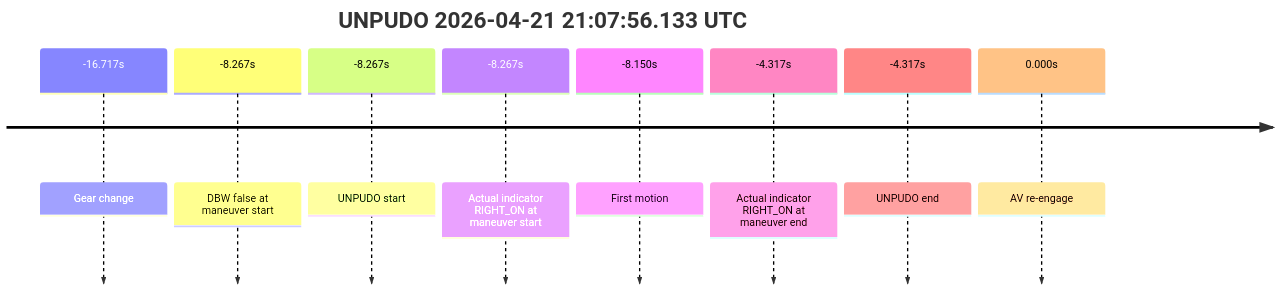
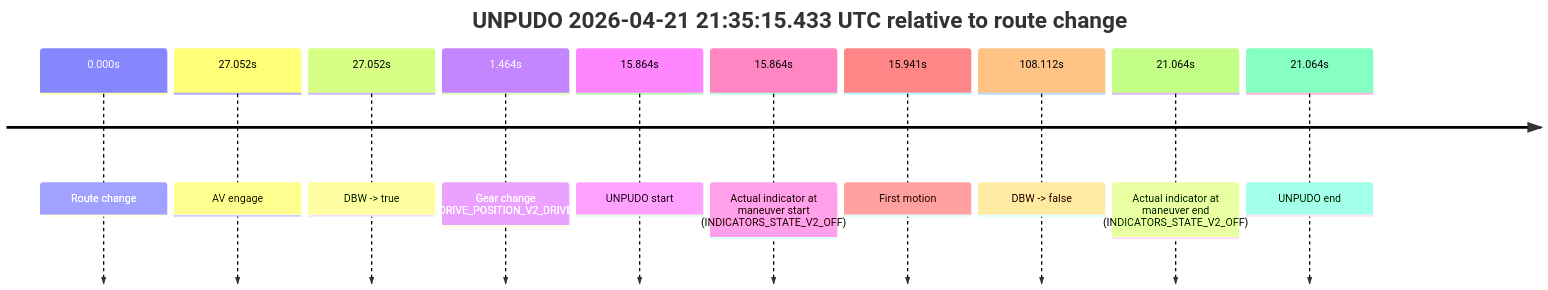
Before and after one commit to yoelshapiro/vault: the sixth of 7 diagrams in model_analysis/report_cards/2026/04/Week-4/fme20009--2026-04-21--20-53-31--gen2-av-c485ff0d-599e-495f-bee7-17c4a854ab52.md, drawn with Mermaid. The commit also changed other lines of this file and 30 other files, not shown here.

````diff
--- a/model_analysis/report_cards/2026/04/Week-4/fme20009--2026-04-21--20-53-31--gen2-av-c485ff0d-599e-495f-bee7-17c4a854ab52.md
+++ b/model_analysis/report_cards/2026/04/Week-4/fme20009--2026-04-21--20-53-31--gen2-av-c485ff0d-599e-495f-bee7-17c4a854ab52.md
@@ -330,12 +473,14 @@
 ```mermaid
 timeline
-    title UNPUDO 2026-04-21 21:07:56.133 UTC
-    -16.717s : Gear change
-    -8.267s : DBW false at maneuver start
-    -8.267s : UNPUDO start
-    -8.267s : Actual indicator RIGHT_ON at maneuver start
-    -8.150s : First motion
-    -4.317s : Actual indicator RIGHT_ON at maneuver end
-    -4.317s : UNPUDO end
-    0.000s : AV re-engage
+    title UNPUDO 2026-04-21 21:35:15.433 UTC relative to route change
+    0.000s : Route change
+    27.052s : AV engage
+    27.052s : DBW -> true
+    1.464s : Gear change (DRIVE_POSITION_V2_DRIVE)
+    15.864s : UNPUDO start
+    15.864s : Actual indicator at maneuver start (INDICATORS_STATE_V2_OFF)
+    15.941s : First motion
+    108.112s : DBW -> false
+    21.064s : Actual indicator at maneuver end (INDICATORS_STATE_V2_OFF)
+    21.064s : UNPUDO end
 ```
````
